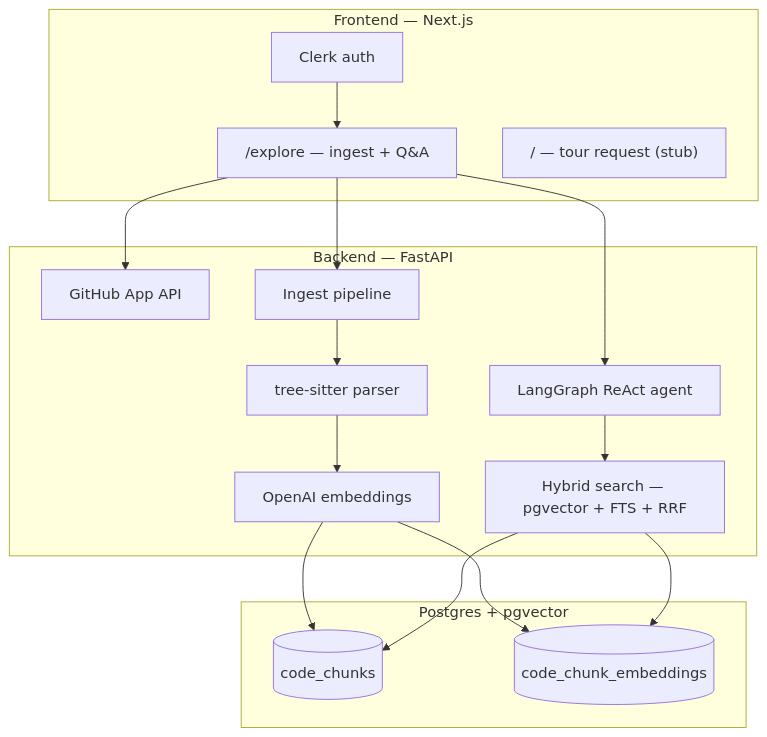
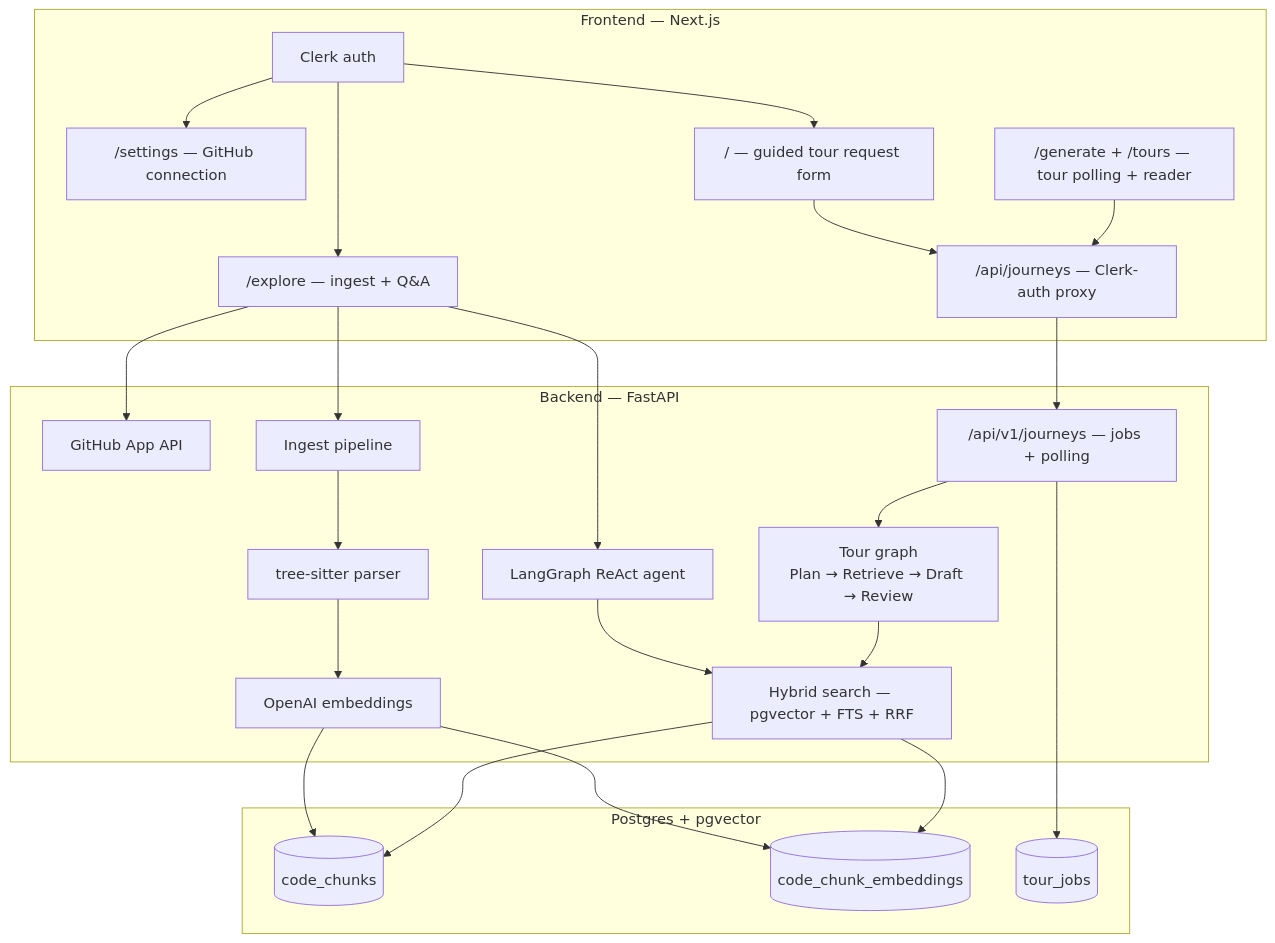
One commit to jballo/camino changed the second of 2 diagrams in README.md. Above: the diagram before and after it, drawn with Mermaid. The commit also changed other lines of this file and 3 other files, not shown here.

````diff
--- a/README.md
+++ b/README.md
@@ -64,32 +70,45 @@
 ```mermaid
 flowchart TB
   subgraph frontend [Frontend — Next.js]
     Clerk[Clerk auth]
+    Settings["/settings — GitHub connection"]
     Explore["/explore — ingest + Q&A"]
-    Home["/ — tour request (stub)"]
+    Home["/ — guided tour request form"]
+    TourUI["/generate + /tours — tour polling + reader"]
+    Proxy["/api/journeys — Clerk-auth proxy"]
   end
 
   subgraph backend [Backend — FastAPI]
     GH[GitHub App API]
     Ingest[Ingest pipeline]
     Parser[tree-sitter parser]
     Embed[OpenAI embeddings]
     Search[Hybrid search — pgvector + FTS + RRF]
     Agent[LangGraph ReAct agent]
+    Journeys["/api/v1/journeys — jobs + polling"]
+    TourGraph["Tour graph<br/>Plan → Retrieve → Draft → Review"]
   end
 
   subgraph data [Postgres + pgvector]
     Chunks[(code_chunks)]
     Vectors[(code_chunk_embeddings)]
+    Jobs[(tour_jobs)]
   end
 
+  Clerk --> Settings
   Clerk --> Explore
+  Clerk --> Home
   Explore --> GH
   Explore --> Ingest
   Explore --> Agent
+  Home --> Proxy --> Journeys
+  TourUI --> Proxy
+  Journeys --> TourGraph
   Ingest --> Parser --> Embed --> Chunks
   Embed --> Vectors
   Agent --> Search
+  TourGraph --> Search
+  Journeys --> Jobs
   Search --> Chunks
   Search --> Vectors
 ```
````
